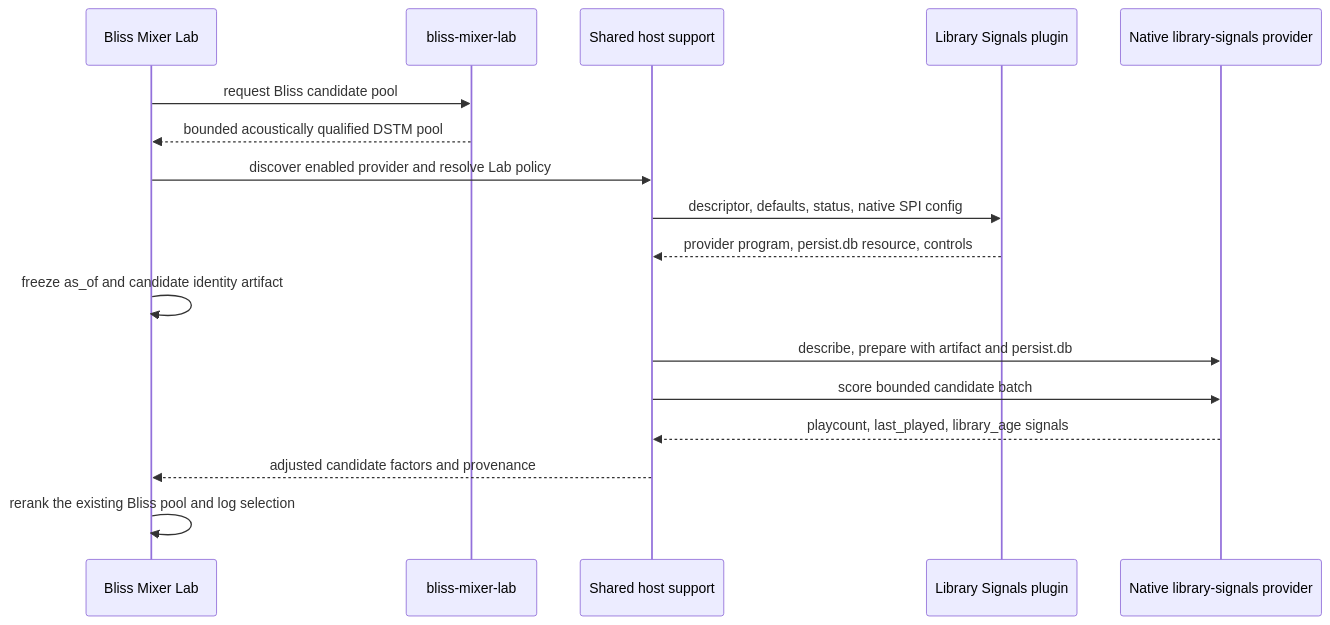
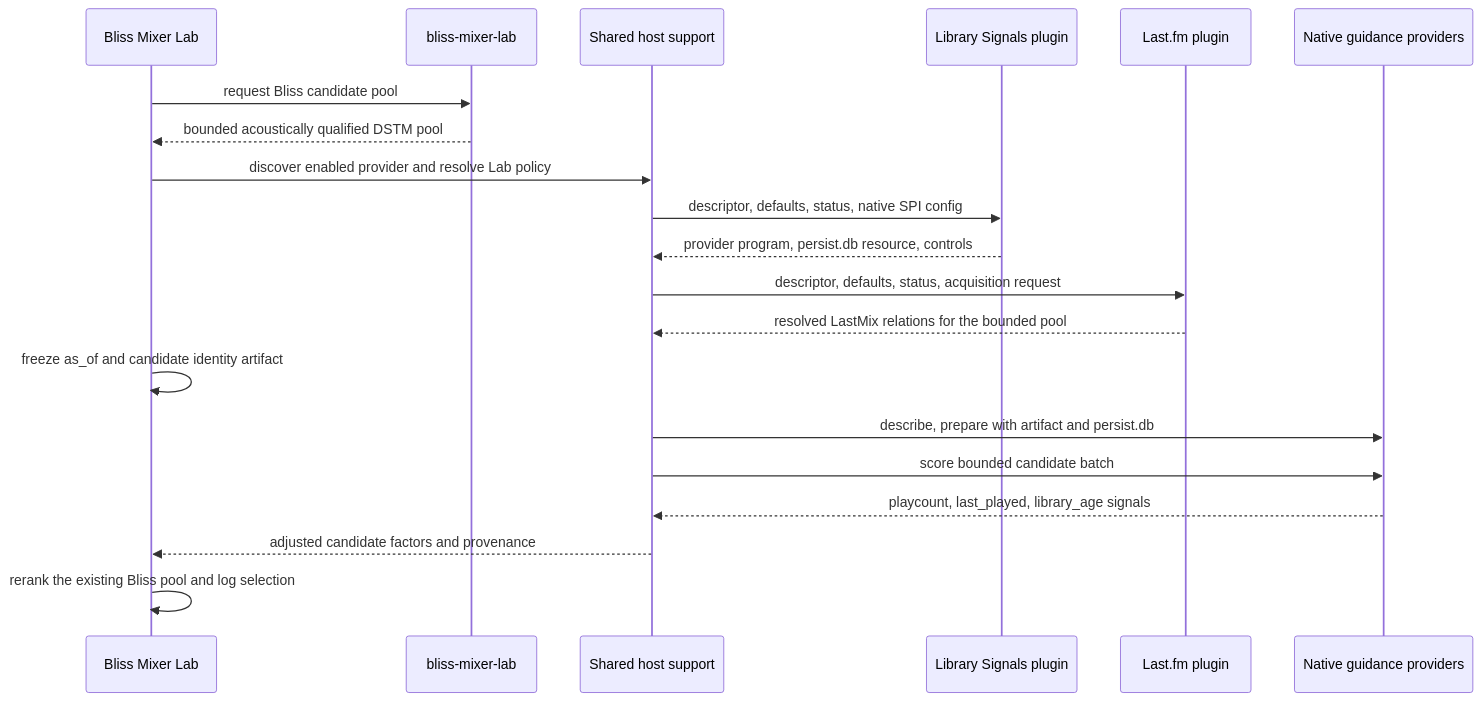
Before and after one commit to chrober/lms-blissmixer-lab: the diagram in GUIDANCE_PROVIDER_HOST_INTEGRATION.md, drawn with Mermaid. The commit also changed other lines of this file and 15 other files, not shown here.

````diff
--- a/GUIDANCE_PROVIDER_HOST_INTEGRATION.md
+++ b/GUIDANCE_PROVIDER_HOST_INTEGRATION.md
@@ -49,20 +50,23 @@
 ```mermaid
 sequenceDiagram
     participant L as Bliss Mixer Lab
     participant M as bliss-mixer-lab
     participant H as Shared host support
-    participant P as Library Signals plugin
-    participant R as Native library-signals provider
+    participant LS as Library Signals plugin
+    participant LF as Last.fm plugin
+    participant R as Native guidance providers
 
     L->>M: request Bliss candidate pool
     M-->>L: bounded acoustically qualified DSTM pool
     L->>H: discover enabled provider and resolve Lab policy
-    H->>P: descriptor, defaults, status, native SPI config
-    P-->>H: provider program, persist.db resource, controls
+    H->>LS: descriptor, defaults, status, native SPI config
+    LS-->>H: provider program, persist.db resource, controls
+    H->>LF: descriptor, defaults, status, acquisition request
+    LF-->>H: resolved LastMix relations for the bounded pool
     L->>L: freeze as_of and candidate identity artifact
     H->>R: describe, prepare with artifact and persist.db
     H->>R: score bounded candidate batch
     R-->>H: playcount, last_played, library_age signals
     H-->>L: adjusted candidate factors and provenance
     L->>L: rerank the existing Bliss pool and log selection
 ```
````
